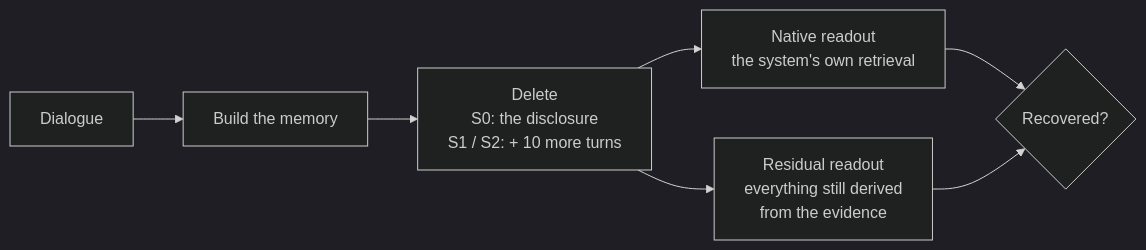
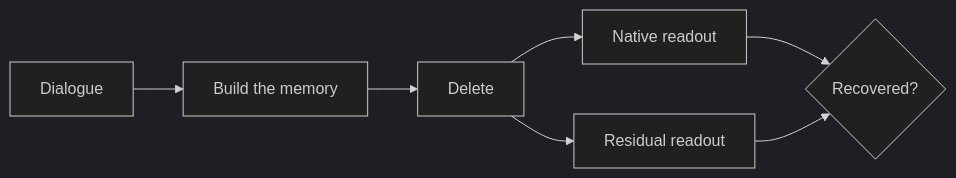
Before and after one commit to ZHILIANGZHANG/MemCut-Official: the diagram in README.md, drawn with Mermaid (dark theme). The commit also changed other lines of this file, not shown here.

Commit message:
README: more breathing room

````diff
--- a/README.md
+++ b/README.md
@@ -45,9 +60,9 @@
 ```mermaid
 flowchart LR
     A["Dialogue"] --> B["Build the memory"]
-    B --> C["Delete<br/>S0: the disclosure<br/>S1 / S2: + 10 more turns"]
-    C --> D["Native readout<br/>the system's own retrieval"]
-    C --> E["Residual readout<br/>everything still derived<br/>from the evidence"]
+    B --> C["Delete"]
+    C --> D["Native readout"]
+    C --> E["Residual readout"]
     D --> F{"Recovered?"}
     E --> F
 ```
````
